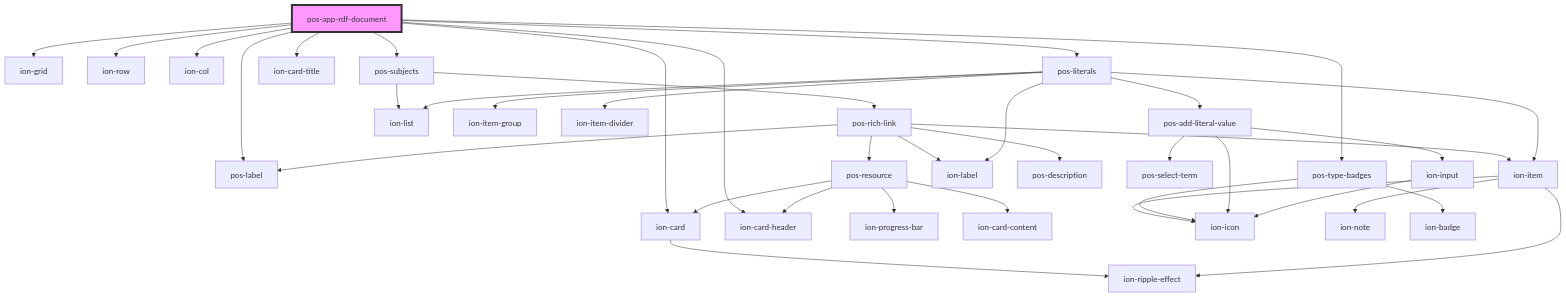
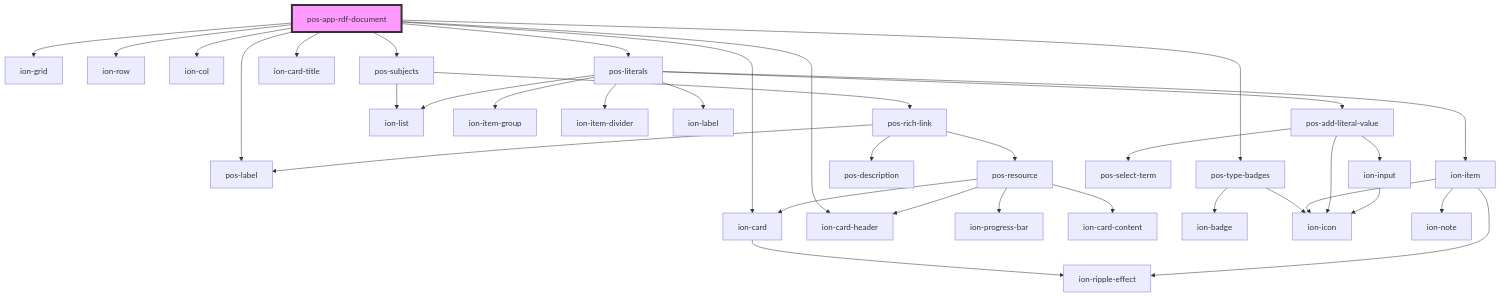
The diagram in docs/elements/apps/pos-app-rdf-document/readme.md (pod-os/PodOS), drawn with Mermaid before and after one commit. The commit also changed 12 other files, not shown here.

Commit message:
feat: remove ion from pos-rich-link; use pollen

````diff
--- a/docs/elements/apps/pos-app-rdf-document/readme.md
+++ b/docs/elements/apps/pos-app-rdf-document/readme.md
@@ -24,41 +24,39 @@
 ```mermaid
 graph TD;
   pos-app-rdf-document --> ion-grid
   pos-app-rdf-document --> ion-row
   pos-app-rdf-document --> ion-col
   pos-app-rdf-document --> pos-subjects
   pos-app-rdf-document --> ion-card
   pos-app-rdf-document --> ion-card-header
   pos-app-rdf-document --> ion-card-title
   pos-app-rdf-document --> pos-label
   pos-app-rdf-document --> pos-type-badges
   pos-app-rdf-document --> pos-literals
   pos-subjects --> pos-rich-link
   pos-subjects --> ion-list
   pos-rich-link --> pos-resource
-  pos-rich-link --> ion-item
-  pos-rich-link --> ion-label
   pos-rich-link --> pos-label
   pos-rich-link --> pos-description
   pos-resource --> ion-progress-bar
   pos-resource --> ion-card
   pos-resource --> ion-card-header
   pos-resource --> ion-card-content
   ion-card --> ion-ripple-effect
-  ion-item --> ion-icon
-  ion-item --> ion-ripple-effect
-  ion-item --> ion-note
   pos-type-badges --> ion-badge
   pos-type-badges --> ion-icon
   pos-literals --> ion-item-group
   pos-literals --> ion-item-divider
   pos-literals --> ion-label
   pos-literals --> ion-item
   pos-literals --> ion-list
   pos-literals --> pos-add-literal-value
+  ion-item --> ion-icon
+  ion-item --> ion-ripple-effect
+  ion-item --> ion-note
   pos-add-literal-value --> ion-icon
   pos-add-literal-value --> pos-select-term
   pos-add-literal-value --> ion-input
   ion-input --> ion-icon
   style pos-app-rdf-document fill:#f9f,stroke:#333,stroke-width:4px
 ```
````
